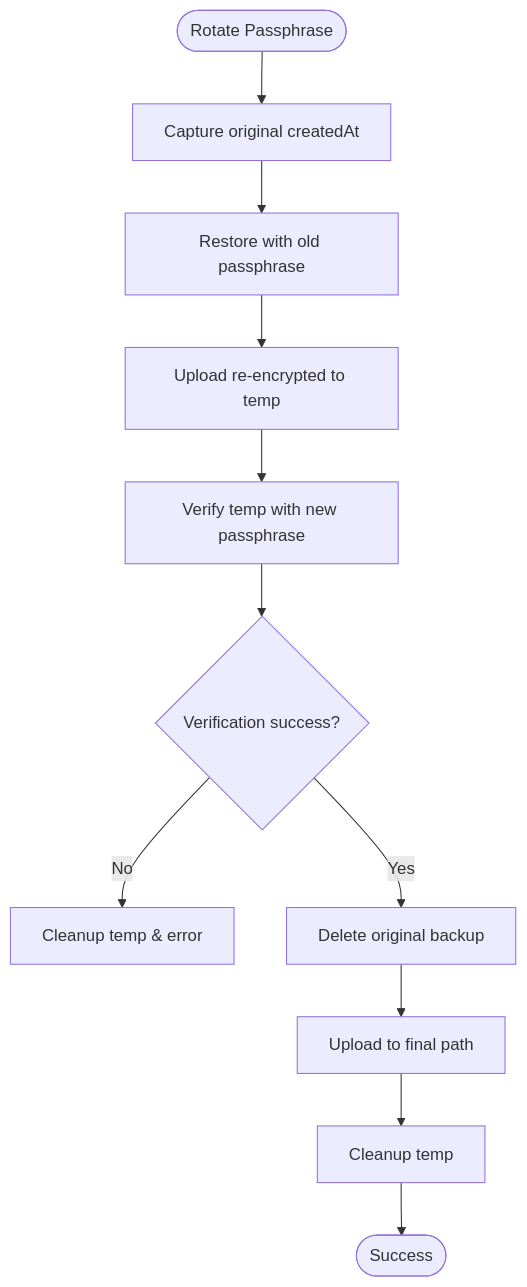
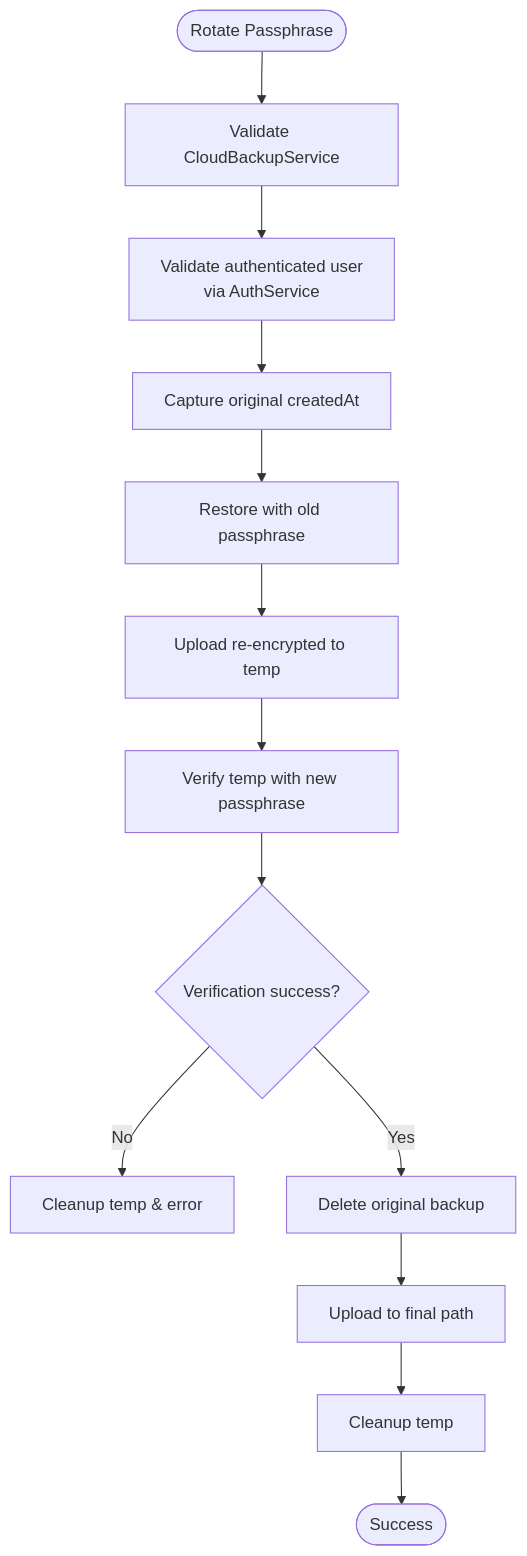
Diagram 13 of 13 in .qoder/repowiki/en/content/Core Services/BYOK Manager/Cloud Backup Integration.md (JAaron93/StyleSync), drawn with Mermaid before and after one commit. The commit also changed other lines of this file and 36 other files, not shown here.

````diff
--- a/.qoder/repowiki/en/content/Core Services/BYOK Manager/Cloud Backup Integration.md
+++ b/.qoder/repowiki/en/content/Core Services/BYOK Manager/Cloud Backup Integration.md
@@ -446,13 +544,15 @@
 ```mermaid
 flowchart TD
-Start([Rotate Passphrase]) --> CaptureTimestamp["Capture original createdAt"]
+Start([Rotate Passphrase]) --> ValidateService["Validate CloudBackupService"]
+ValidateService --> ValidateUser["Validate authenticated user<br/>via AuthService"]
+ValidateUser --> CaptureTimestamp["Capture original createdAt"]
 CaptureTimestamp --> RestoreBackup["Restore with old passphrase"]
 RestoreBackup --> UploadTemp["Upload re-encrypted to temp"]
 UploadTemp --> VerifyTemp["Verify temp with new passphrase"]
 VerifyTemp --> VerifySuccess{"Verification success?"}
 VerifySuccess --> |No| CleanupTemp["Cleanup temp & error"]
 VerifySuccess --> |Yes| DeleteOriginal["Delete original backup"]
 DeleteOriginal --> UploadFinal["Upload to final path"]
 UploadFinal --> CleanupTemp2["Cleanup temp"]
 CleanupTemp2 --> Success([Success])
 ```
````
